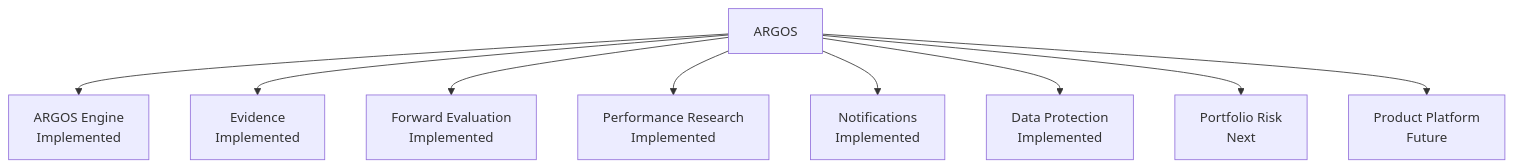
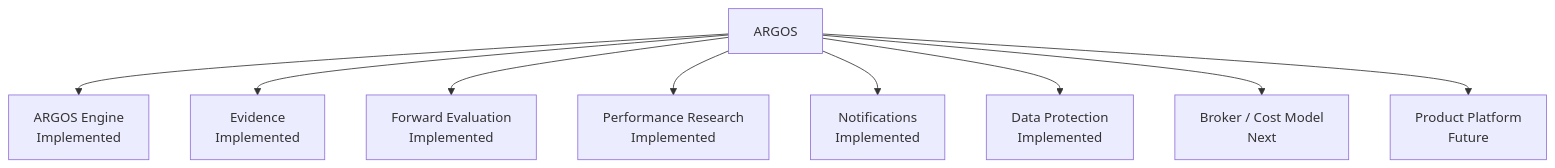
Before and after one commit to Alejandro-MOP/argos: the diagram in README.md, drawn with Mermaid. The commit also changed other lines of this file and 2 other files, not shown here.

````diff
--- a/README.md
+++ b/README.md
@@ -29,11 +43,11 @@
 ```mermaid
 flowchart TD
   A[ARGOS] --> B[ARGOS Engine<br/>Implemented]
   A --> C[Evidence<br/>Implemented]
   A --> D[Forward Evaluation<br/>Implemented]
   A --> E[Performance Research<br/>Implemented]
   A --> F[Notifications<br/>Implemented]
   A --> G[Data Protection<br/>Implemented]
-  A --> H[Portfolio Risk<br/>Next]
+  A --> H[Broker / Cost Model<br/>Next]
   A --> I[Product Platform<br/>Future]
 ```
````
